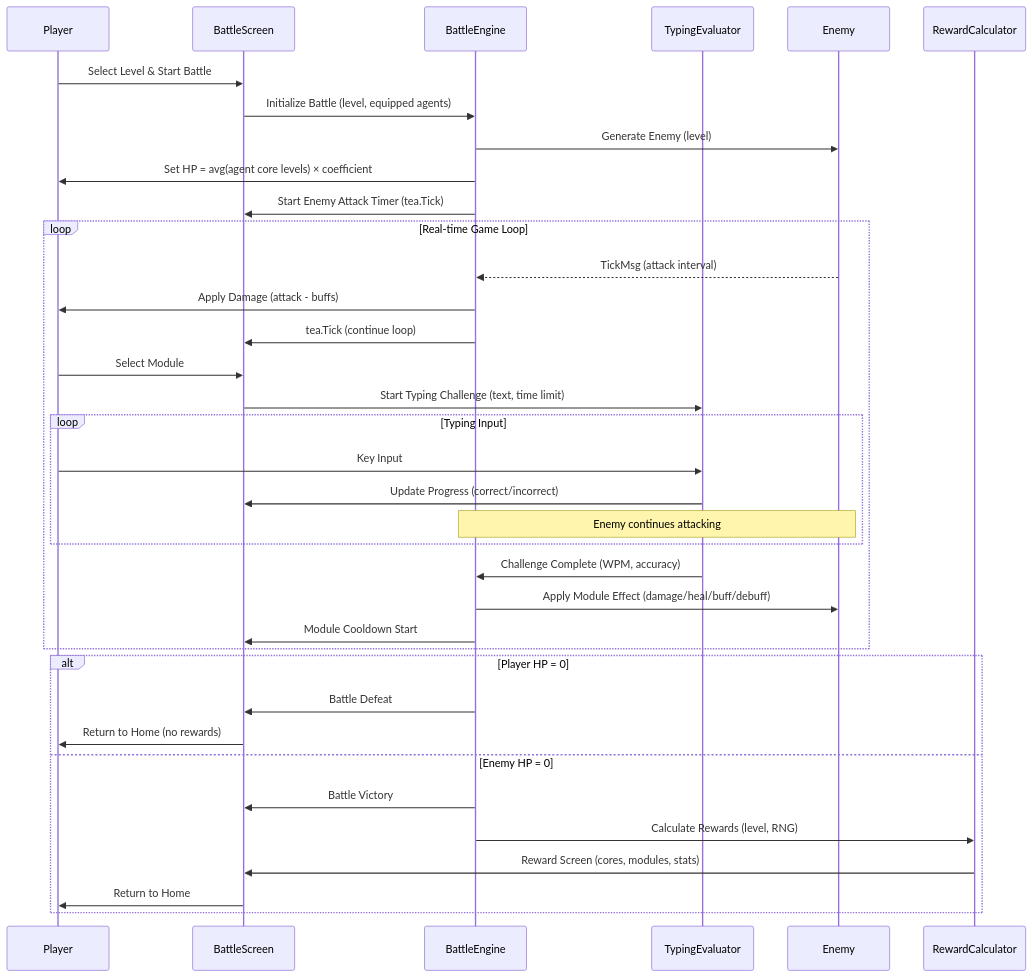
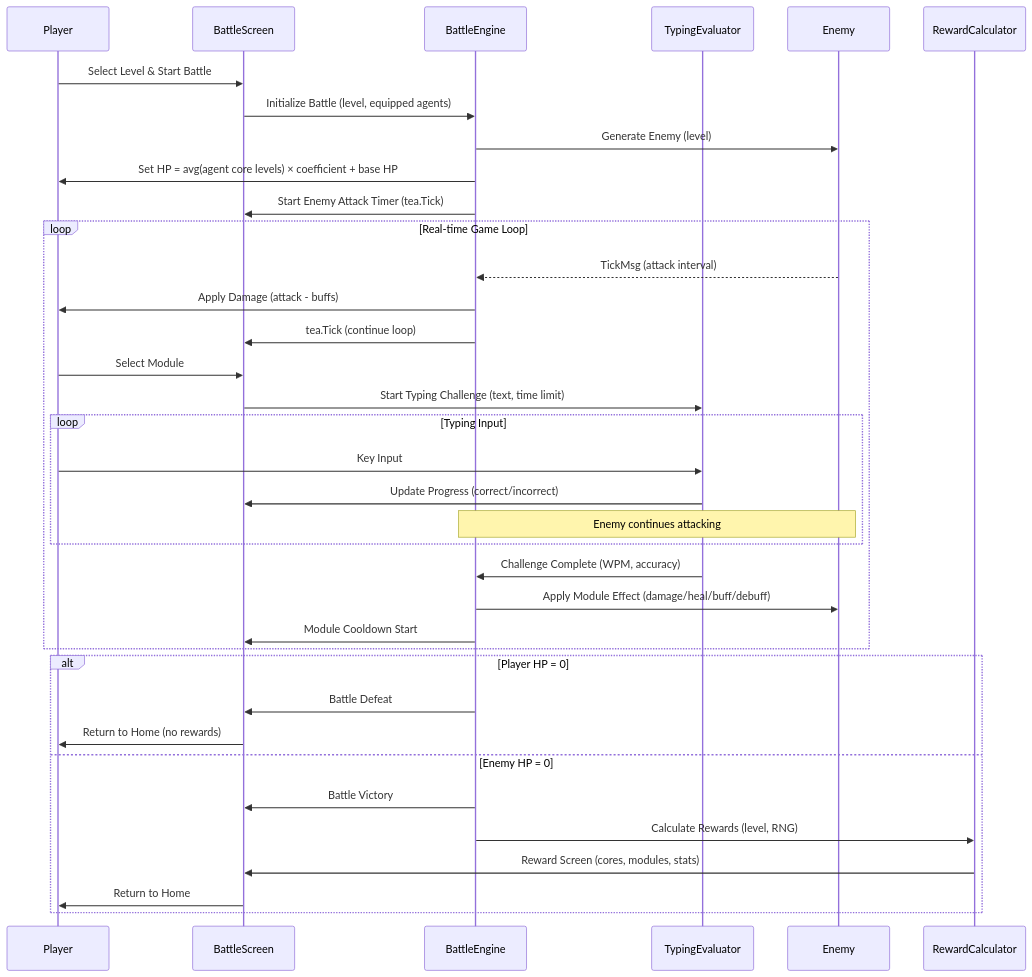
Before and after one commit to hirorocky/TypEngQuest: the second of 4 diagrams in .kiro/specs/realtime-typing-battle/design.md, drawn with Mermaid. The commit also changed other lines of this file and 33 other files, not shown here.

````diff
--- a/.kiro/specs/realtime-typing-battle/design.md
+++ b/.kiro/specs/realtime-typing-battle/design.md
@@ -157,44 +157,44 @@
 ```mermaid
 sequenceDiagram
     participant Player
     participant BattleScreen
     participant BattleEngine
     participant TypingEvaluator
     participant Enemy
     participant RewardCalculator
 
     Player->>BattleScreen: Select Level & Start Battle
     BattleScreen->>BattleEngine: Initialize Battle (level, equipped agents)
     BattleEngine->>Enemy: Generate Enemy (level)
-    BattleEngine->>Player: Set HP = avg(agent core levels) × coefficient
+    BattleEngine->>Player: Set HP = avg(agent core levels) × coefficient + base HP
     BattleEngine->>BattleScreen: Start Enemy Attack Timer (tea.Tick)
 
     loop Real-time Game Loop
         Enemy-->>BattleEngine: TickMsg (attack interval)
         BattleEngine->>Player: Apply Damage (attack - buffs)
         BattleEngine->>BattleScreen: tea.Tick (continue loop)
 
         Player->>BattleScreen: Select Module
         BattleScreen->>TypingEvaluator: Start Typing Challenge (text, time limit)
 
         loop Typing Input
             Player->>TypingEvaluator: Key Input
             TypingEvaluator->>BattleScreen: Update Progress (correct/incorrect)
             Note over Enemy,BattleEngine: Enemy continues attacking
         end
 
         TypingEvaluator->>BattleEngine: Challenge Complete (WPM, accuracy)
         BattleEngine->>Enemy: Apply Module Effect (damage/heal/buff/debuff)
         BattleEngine->>BattleScreen: Module Cooldown Start
     end
 
     alt Player HP = 0
         BattleEngine->>BattleScreen: Battle Defeat
         BattleScreen->>Player: Return to Home (no rewards)
     else Enemy HP = 0
         BattleEngine->>BattleScreen: Battle Victory
         BattleEngine->>RewardCalculator: Calculate Rewards (level, RNG)
         RewardCalculator->>BattleScreen: Reward Screen (cores, modules, stats)
         BattleScreen->>Player: Return to Home
     end
 ```
````
